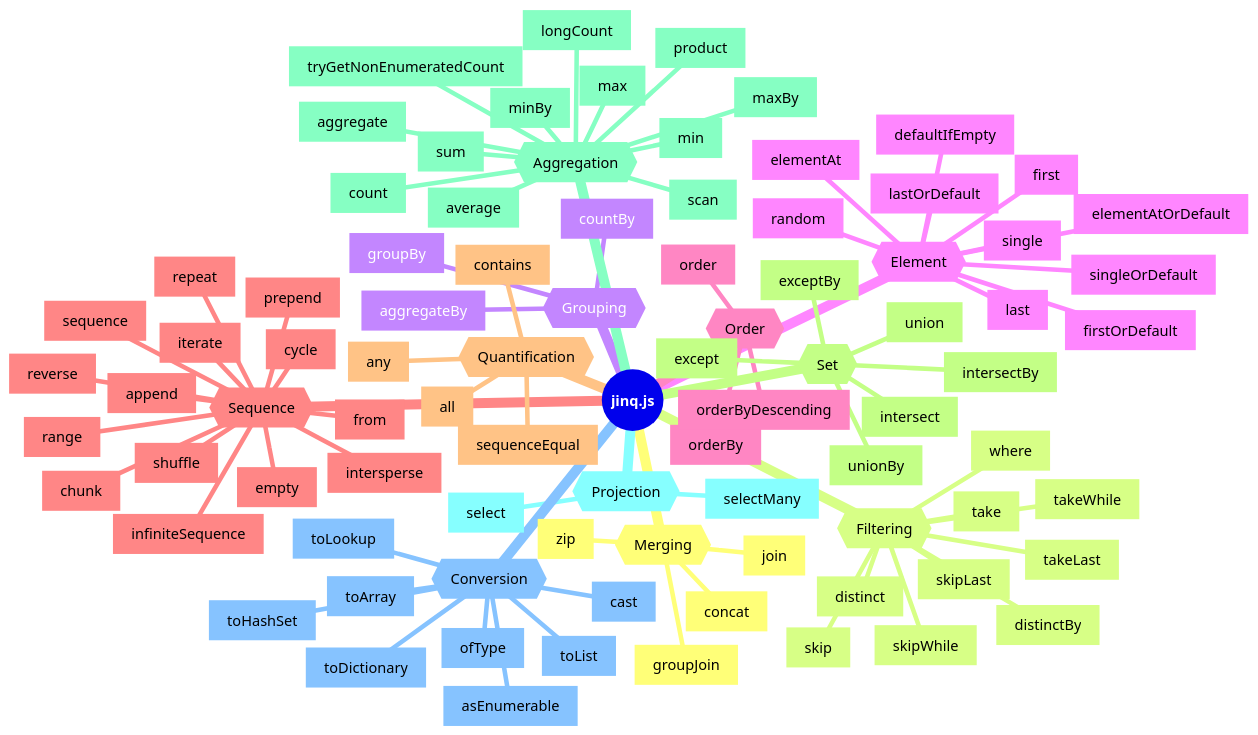
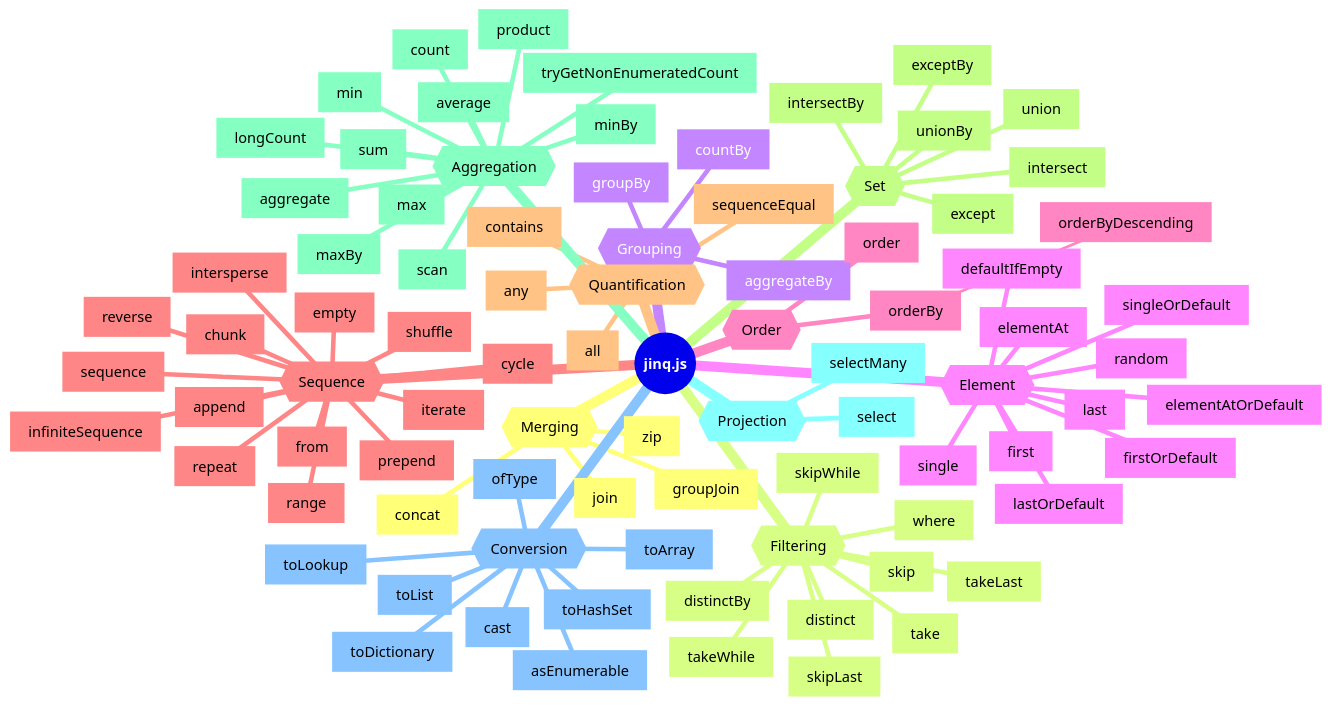
One commit to A1rPun/jinq.js changed the diagram in README.md. Above: the diagram before and after it, drawn with Mermaid. The commit also changed other lines of this file and 1 other file, not shown here.

```diff
--- a/README.md
+++ b/README.md
@@ -286,7 +286,7 @@
     {{Order}}
       [order]
       [orderBy]
-      [orderByDescending]
+        [orderByDescending]
     {{Sequence}}
       [append]
       [chunk]
```
